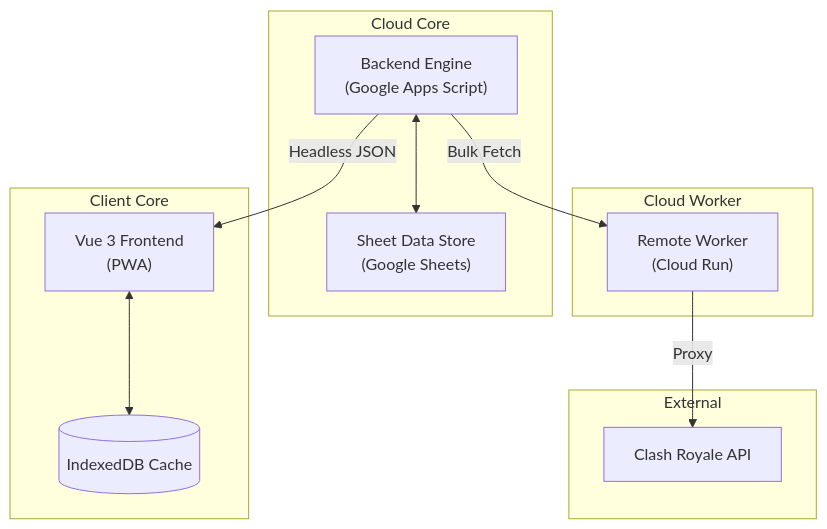
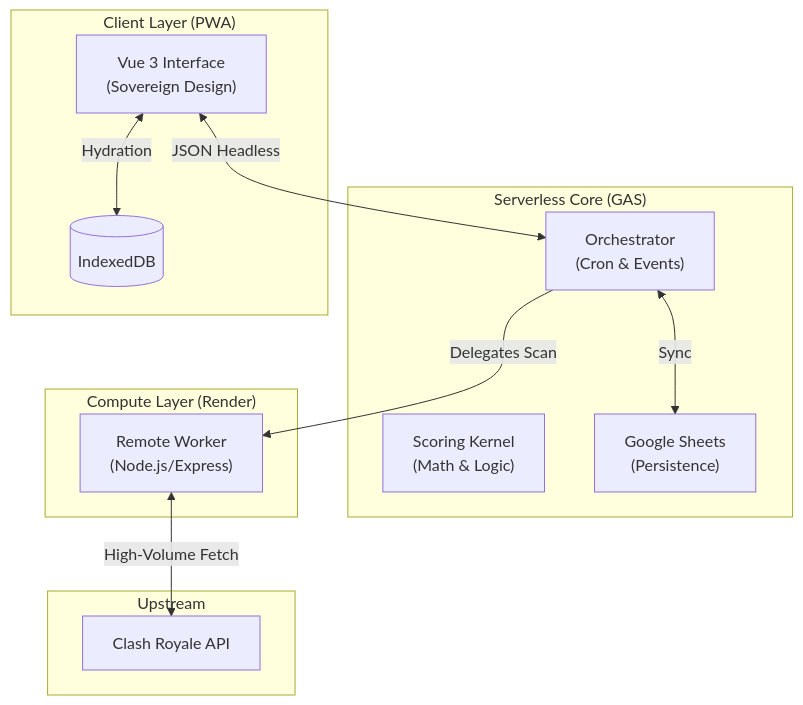
Before and after one commit to AlbiDR/Clash-Manager: the diagram in README.md, drawn with Mermaid. The commit also changed other lines of this file, not shown here.

````diff
--- a/README.md
+++ b/README.md
@@ -46,26 +42,27 @@
 ```mermaid
 flowchart TD
-    subgraph External
+    subgraph Upstream
         CRAPI["Clash Royale API"]
     end
 
-    subgraph "Cloud Core"
-        GAS["Backend Engine<br/>(Google Apps Script)"]
-        GS["Sheet Data Store<br/>(Google Sheets)"]
+    subgraph "Serverless Core (GAS)"
+        Orchestrator["Orchestrator<br/>(Cron & Events)"]
+        Kernel["Scoring Kernel<br/>(Math & Logic)"]
+        Store["Google Sheets<br/>(Persistence)"]
     end
 
-    subgraph "Cloud Worker"
-        Worker["Remote Worker<br/>(Cloud Run)"]
+    subgraph "Compute Layer (Render)"
+        Worker["Remote Worker<br/>(Node.js/Express)"]
     end
 
-    subgraph "Client Core"
-        VueUI["Vue 3 Frontend<br/>(PWA)"]
-        IDB[(IndexedDB Cache)]
+    subgraph "Client Layer (PWA)"
+        UI["Vue 3 Interface<br/>(Sovereign Design)"]
+        Cache[(IndexedDB)]
     end
 
-    GAS -->|Bulk Fetch| Worker
-    Worker -->|Proxy| CRAPI
-    GAS <--> GS
-    GAS -->|Headless JSON| VueUI
-    VueUI <--> IDB
+    Orchestrator -->|Delegates Scan| Worker
+    Worker <-->|High-Volume Fetch| CRAPI
+    Orchestrator <-->|Sync| Store
+    UI <-->|JSON Headless| Orchestrator
+    UI <-->|Hydration| Cache
 ```
````
